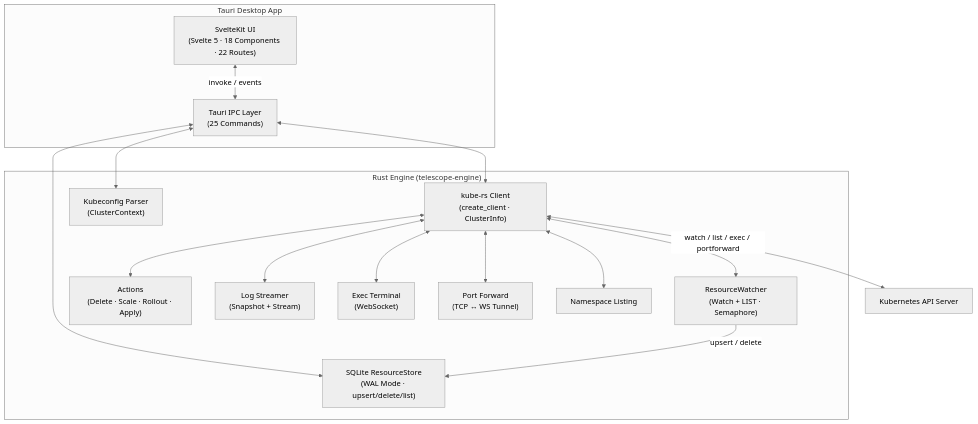
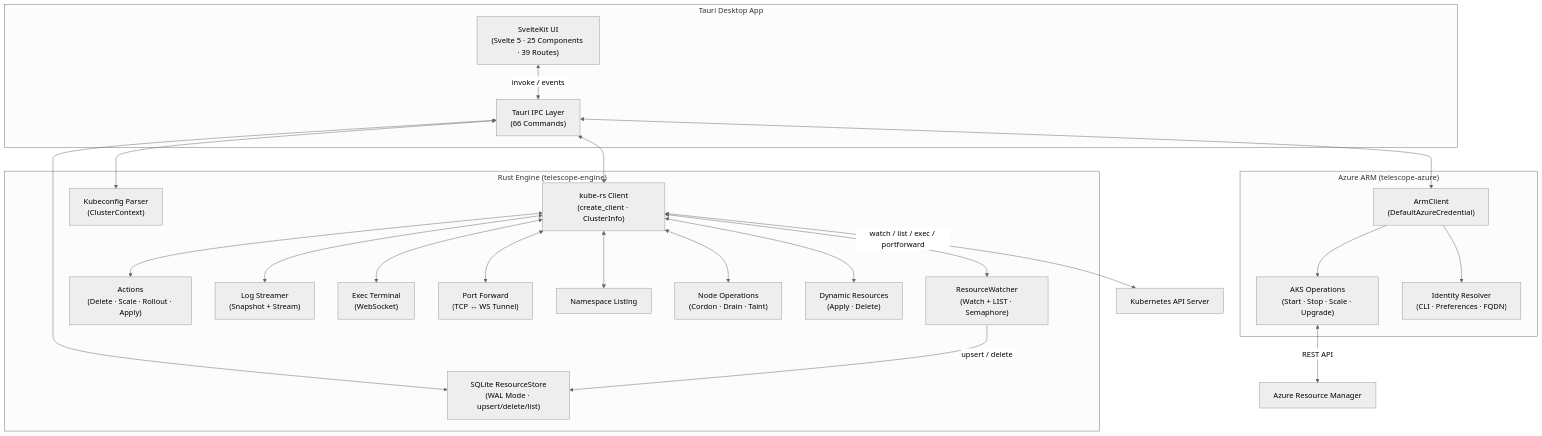
The first of 5 diagrams in docs/ARCHITECTURE.md (adamdost-0/Telescope), drawn with Mermaid (neutral theme) before and after one commit. The commit also changed other lines of this file and 6 other files, not shown here.

First line of the commit message:
docs: rewrite 7 technical docs for v1.0.0 desktop-only + Azure ARM

````diff
--- a/docs/ARCHITECTURE.md
+++ b/docs/ARCHITECTURE.md
@@ -16,32 +18,46 @@
 ```mermaid
 graph TB
     subgraph Desktop["Tauri Desktop App"]
-        UI["SvelteKit UI<br/>(Svelte 5 · 18 Components · 22 Routes)"]
-        IPC["Tauri IPC Layer<br/>(25 Commands)"]
+        UI["SvelteKit UI<br/>(Svelte 5 · 25 Components · 39 Routes)"]
+        IPC["Tauri IPC Layer<br/>(66 Commands)"]
     end
     subgraph Engine["Rust Engine (telescope-engine)"]
         Client["kube-rs Client<br/>(create_client · ClusterInfo)"]
         Watcher["ResourceWatcher<br/>(Watch + LIST · Semaphore)"]
         Store["SQLite ResourceStore<br/>(WAL Mode · upsert/delete/list)"]
         Actions["Actions<br/>(Delete · Scale · Rollout · Apply)"]
         Logs["Log Streamer<br/>(Snapshot + Stream)"]
         Exec["Exec Terminal<br/>(WebSocket)"]
         PF["Port Forward<br/>(TCP ↔ WS Tunnel)"]
         NS["Namespace Listing"]
         KC["Kubeconfig Parser<br/>(ClusterContext)"]
+        NodeOps["Node Operations<br/>(Cordon · Drain · Taint)"]
+        Dynamic["Dynamic Resources<br/>(Apply · Delete)"]
+    end
+    subgraph Azure["Azure ARM (telescope-azure)"]
+        ArmClient["ArmClient<br/>(DefaultAzureCredential)"]
+        AKS["AKS Operations<br/>(Start · Stop · Scale · Upgrade)"]
+        Resolve["Identity Resolver<br/>(CLI · Preferences · FQDN)"]
     end
     K8s["Kubernetes API Server"]
+    ARM["Azure Resource Manager"]
 
     UI <-->|"invoke / events"| IPC
     IPC <--> Client
     IPC <--> Store
     IPC <--> KC
+    IPC <--> ArmClient
     Client <--> Watcher
     Watcher -->|"upsert / delete"| Store
     Client <--> Actions
     Client <--> Logs
     Client <--> Exec
     Client <--> PF
     Client <--> NS
+    Client <--> NodeOps
+    Client <--> Dynamic
     Client <-->|"watch / list / exec / portforward"| K8s
+    ArmClient --> AKS
+    ArmClient --> Resolve
+    AKS <-->|"REST API"| ARM
 ```
````
